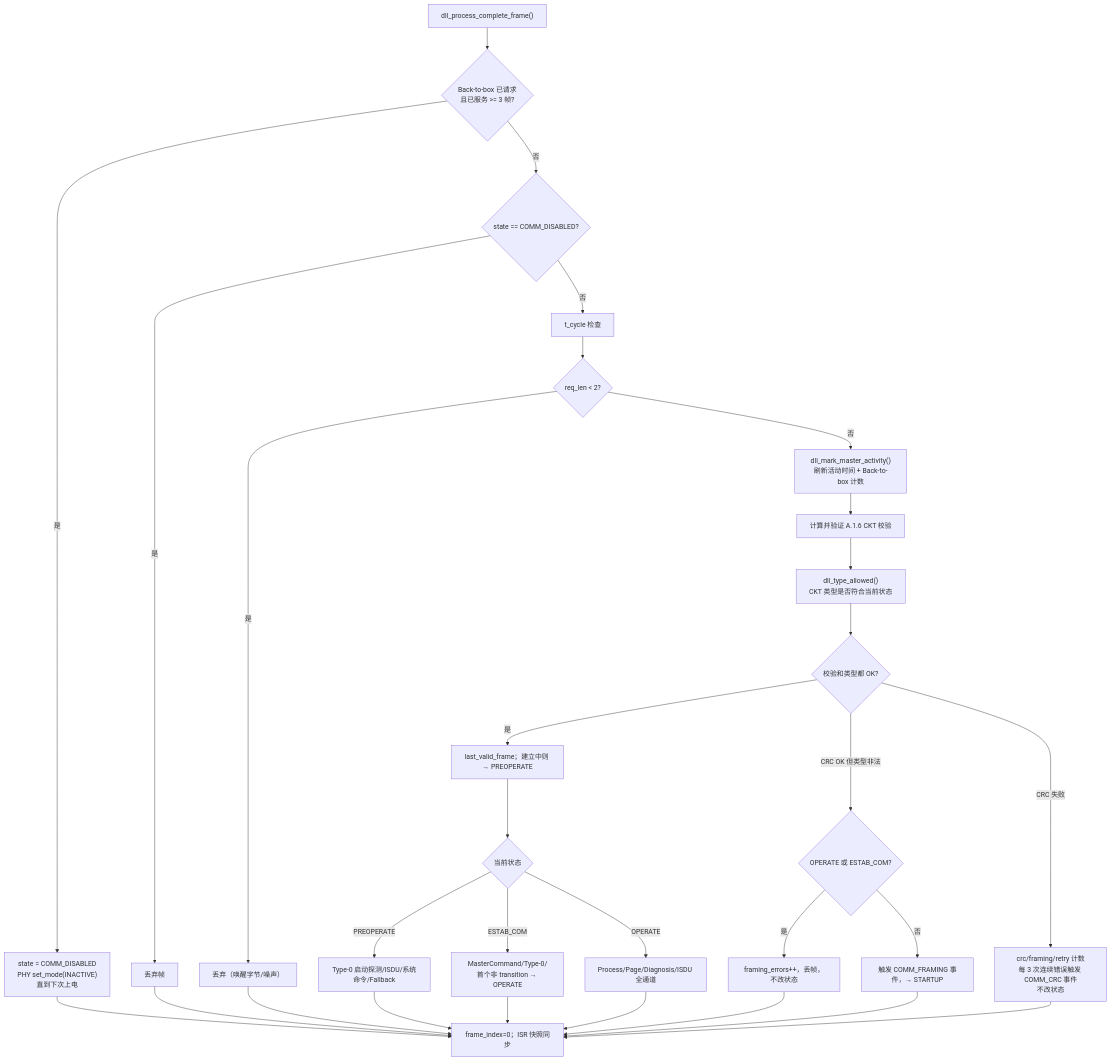
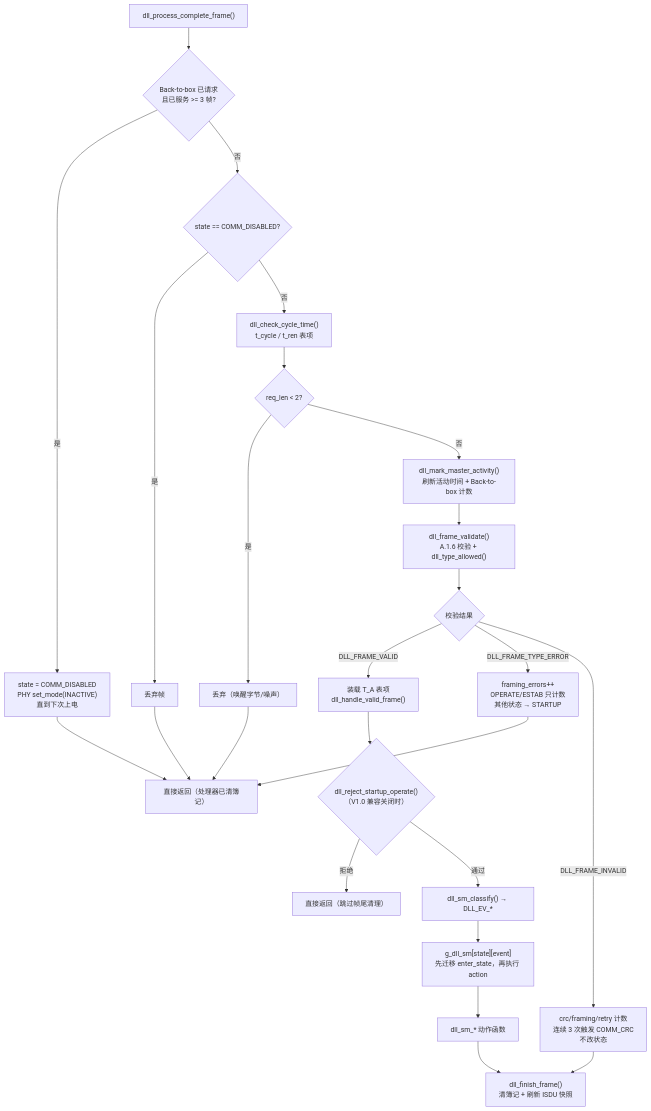
The sixth of 16 diagrams in docs/CODE_FLOW.md (Adlyq/iolinki), drawn with Mermaid before and after one commit. The commit also changed other lines of this file and 7 other files, not shown here.

First line of the commit message:
docs: sync the API, architecture and flow docs with the post-CR code

````diff
--- a/docs/CODE_FLOW.md
+++ b/docs/CODE_FLOW.md
@@ -305,32 +367,27 @@
 ```mermaid
 flowchart TD
     A["dll_process_complete_frame()"] --> B{"Back-to-box 已请求<br/>且已服务 >= 3 帧?"}
     B -- 是 --> B1["state = COMM_DISABLED<br/>PHY set_mode(INACTIVE)<br/>直到下次上电"]
     B -- 否 --> C{"state == COMM_DISABLED?"}
     C -- 是 --> C1["丢弃帧"]
-    C -- 否 --> D["t_cycle 检查"]
+    C -- 否 --> D["dll_check_cycle_time()<br/>t_cycle / t_ren 表项"]
     D --> E{"req_len < 2?"}
     E -- 是 --> E1["丢弃（唤醒字节/噪声）"]
     E -- 否 --> F["dll_mark_master_activity()<br/>刷新活动时间 + Back-to-box 计数"]
-    F --> G["计算并验证 A.1.6 CKT 校验"]
-    G --> H["dll_type_allowed()<br/>CKT 类型是否符合当前状态"]
-    H --> I{"校验和类型都 OK?"}
-    I -- 是 --> J["last_valid_frame；建立中则 → PREOPERATE"]
-    J --> K{"当前状态"}
-    K -- PREOPERATE --> L["Type-0 启动探测/ISDU/系统命令/Fallback"]
-    K -- ESTAB_COM --> M["MasterCommand/Type-0/首个非 transition → OPERATE"]
-    K -- OPERATE --> N["Process/Page/Diagnosis/ISDU 全通道"]
-    I -- "CRC OK 但类型非法" --> O{"OPERATE 或 ESTAB_COM?"}
-    O -- 是 --> O1["framing_errors++，丢帧，不改状态"]
-    O -- 否 --> O2["触发 COMM_FRAMING 事件，→ STARTUP"]
-    I -- "CRC 失败" --> P["crc/framing/retry 计数<br/>每 3 次连续错误触发 COMM_CRC 事件<br/>不改状态"]
-    L --> Q["frame_index=0；ISR 快照同步"]
-    M --> Q
-    N --> Q
-    O1 --> Q
-    O2 --> Q
-    P --> Q
-    B1 --> Q
-    C1 --> Q
-    E1 --> Q
+    F --> G["dll_frame_validate()<br/>A.1.6 校验 + dll_type_allowed()"]
+    G --> H{"校验结果"}
+    H -- "DLL_FRAME_VALID" --> I["装载 T_A 表项<br/>dll_handle_valid_frame()"]
+    H -- "DLL_FRAME_TYPE_ERROR" --> J["framing_errors++<br/>OPERATE/ESTAB 只计数<br/>其他状态 → STARTUP"]
+    H -- "DLL_FRAME_INVALID" --> K["crc/framing/retry 计数<br/>连续 3 次触发 COMM_CRC<br/>不改状态"]
+    I --> L{"dll_reject_startup_operate()<br/>（V1.0 兼容关闭时）"}
+    L -- 拒绝 --> M["直接返回（跳过帧尾清理）"]
+    L -- 通过 --> N["dll_sm_classify() → DLL_EV_*"]
+    N --> O["g_dll_sm[state][event]<br/>先迁移 enter_state，再执行 action"]
+    O --> P["dll_sm_* 动作函数"]
+    P --> Q["dll_finish_frame()<br/>清簿记 + 刷新 ISDU 快照"]
+    J --> R["直接返回（处理器已清簿记）"]
+    K --> Q
+    B1 --> R
+    C1 --> R
+    E1 --> R
 ```
````
